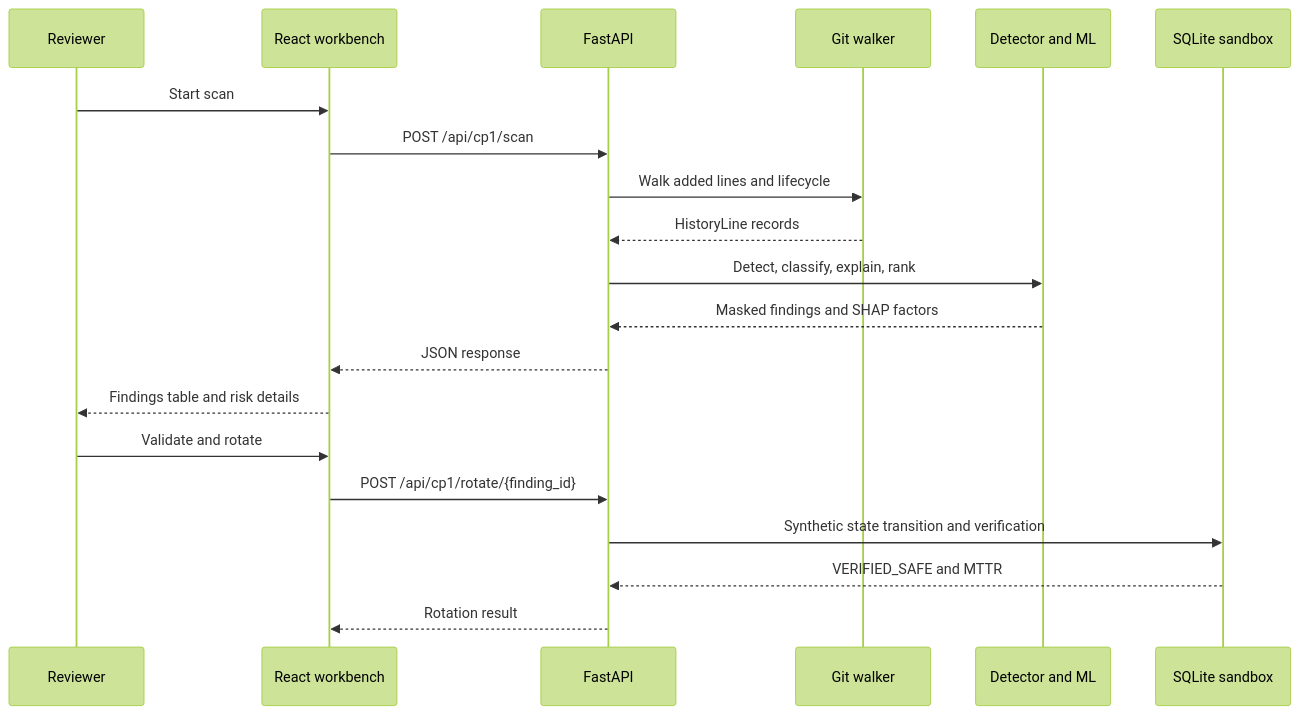
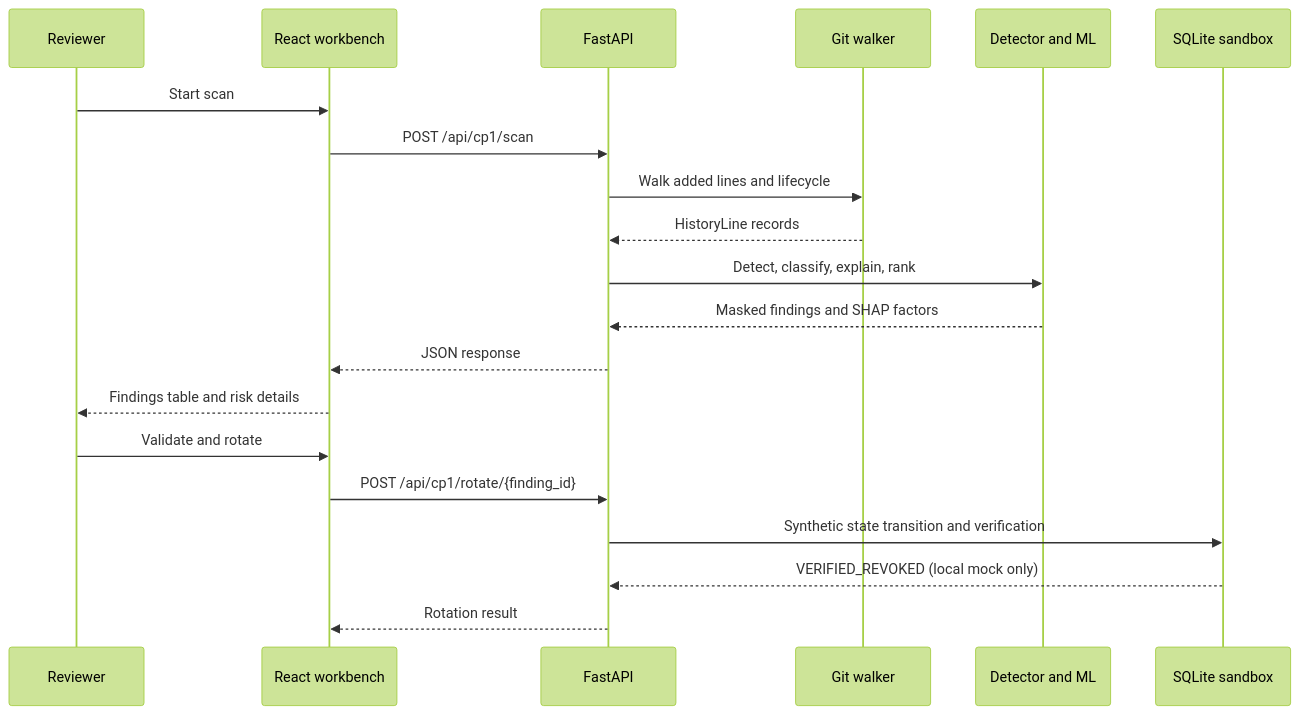
Before and after one commit to Neeraj2005-github/Detecting-and-Validating-Leaked-API-Keys-in-Version-Control: the second of 2 diagrams in README.md, drawn with Mermaid (forest theme). The commit also changed other lines of this file and 12 other files, not shown here.

````diff
--- a/README.md
+++ b/README.md
@@ -60,23 +63,23 @@
 ```mermaid
 sequenceDiagram
     participant U as Reviewer
     participant W as React workbench
     participant A as FastAPI
     participant G as Git walker
     participant M as Detector and ML
     participant S as SQLite sandbox
 
     U->>W: Start scan
     W->>A: POST /api/cp1/scan
     A->>G: Walk added lines and lifecycle
     G-->>A: HistoryLine records
     A->>M: Detect, classify, explain, rank
     M-->>A: Masked findings and SHAP factors
     A-->>W: JSON response
     W-->>U: Findings table and risk details
     U->>W: Validate and rotate
     W->>A: POST /api/cp1/rotate/{finding_id}
     A->>S: Synthetic state transition and verification
-    S-->>A: VERIFIED_SAFE and MTTR
+    S-->>A: VERIFIED_REVOKED (local mock only)
     A-->>W: Rotation result
 ```
````
